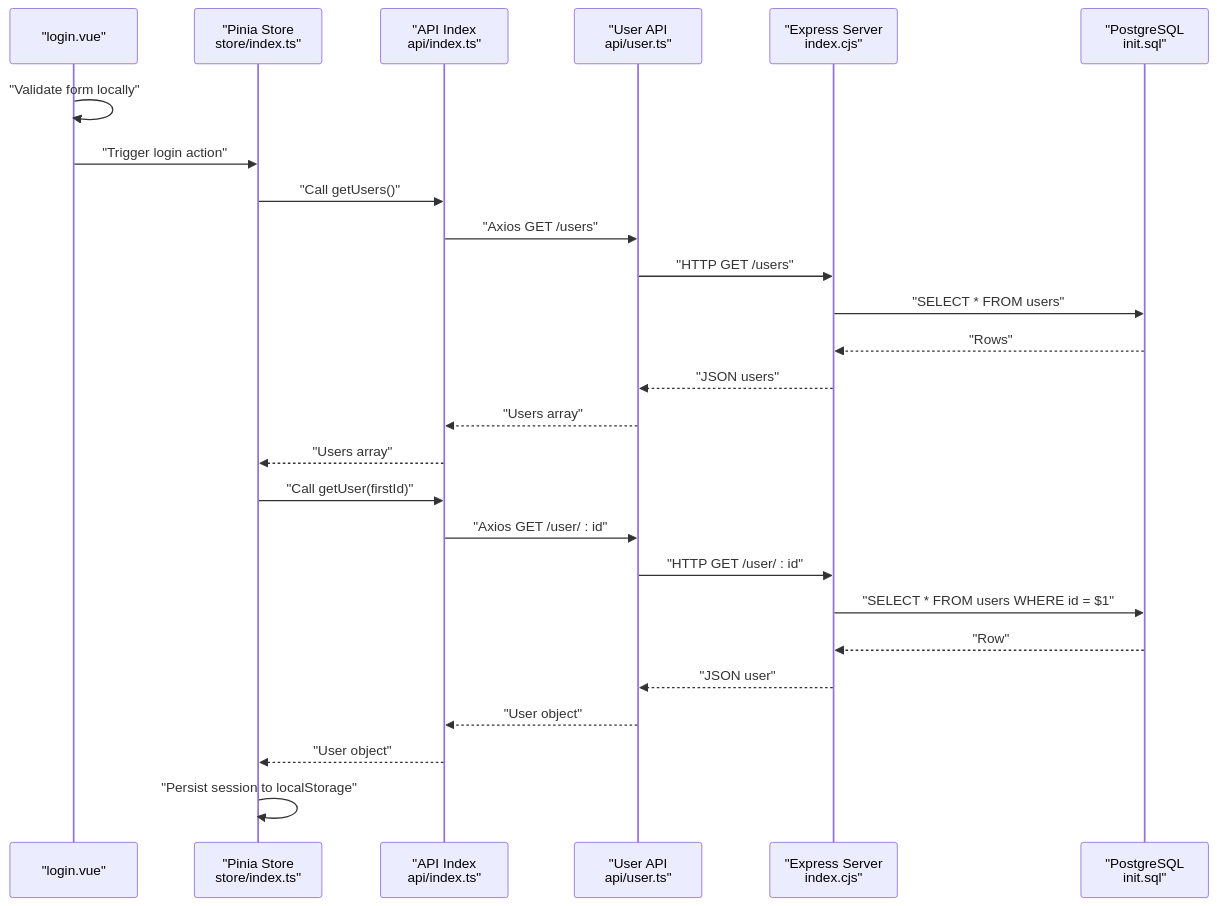
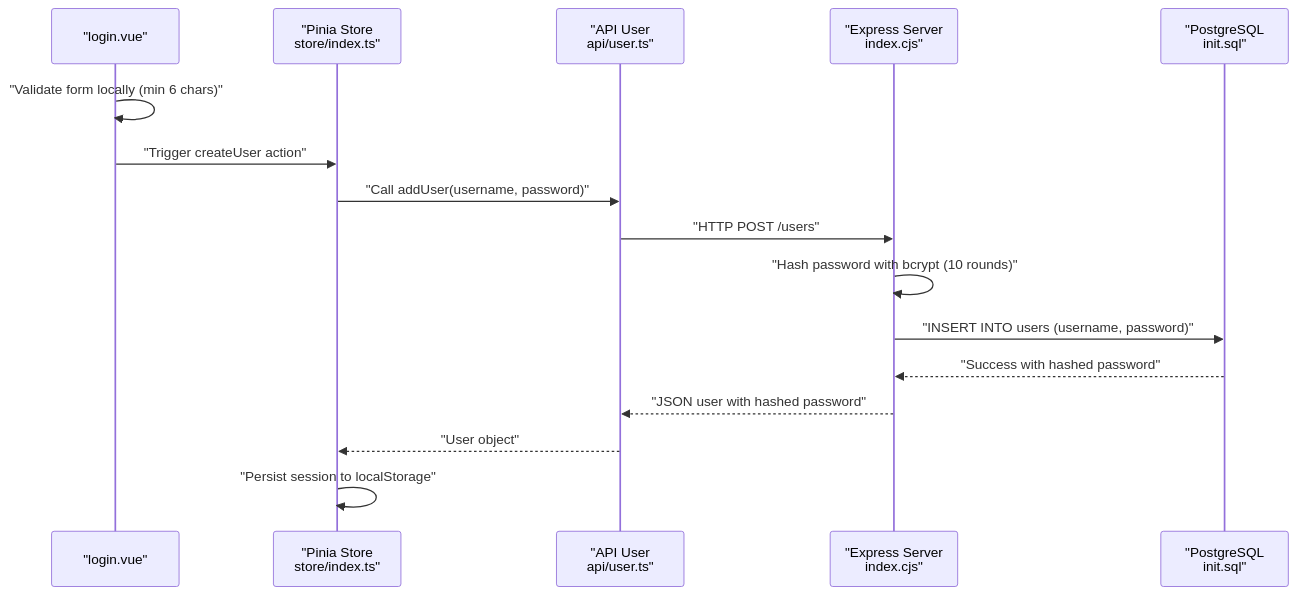
Before and after one commit to xinyo/startora: the second of 8 diagrams in .qoder/repowiki/en/content/Backend API Server/Authentication & Authorization.md, drawn with Mermaid. The commit also changed other lines of this file and 19 other files, not shown here.

````diff
--- a/.qoder/repowiki/en/content/Backend API Server/Authentication & Authorization.md
+++ b/.qoder/repowiki/en/content/Backend API Server/Authentication & Authorization.md
@@ -116,28 +123,18 @@
 ```mermaid
 sequenceDiagram
 participant View as "login.vue"
 participant Store as "Pinia Store<br/>store/index.ts"
-participant API as "API Index<br/>api/index.ts"
-participant UserAPI as "User API<br/>api/user.ts"
+participant API as "API User<br/>api/user.ts"
 participant Server as "Express Server<br/>index.cjs"
 participant DB as "PostgreSQL<br/>init.sql"
-View->>View : "Validate form locally"
-View->>Store : "Trigger login action"
-Store->>API : "Call getUsers()"
-API->>UserAPI : "Axios GET /users"
-UserAPI->>Server : "HTTP GET /users"
-Server->>DB : "SELECT * FROM users"
-DB-->>Server : "Rows"
-Server-->>UserAPI : "JSON users"
-UserAPI-->>API : "Users array"
-API-->>Store : "Users array"
-Store->>API : "Call getUser(firstId)"
-API->>UserAPI : "Axios GET /user/ : id"
-UserAPI->>Server : "HTTP GET /user/ : id"
-Server->>DB : "SELECT * FROM users WHERE id = $1"
-DB-->>Server : "Row"
-Server-->>UserAPI : "JSON user"
-UserAPI-->>API : "User object"
+View->>View : "Validate form locally (min 6 chars)"
+View->>Store : "Trigger createUser action"
+Store->>API : "Call addUser(username, password)"
+API->>Server : "HTTP POST /users"
+Server->>Server : "Hash password with bcrypt (10 rounds)"
+Server->>DB : "INSERT INTO users (username, password)"
+DB-->>Server : "Success with hashed password"
+Server-->>API : "JSON user with hashed password"
 API-->>Store : "User object"
 Store->>Store : "Persist session to localStorage"
 ```
````
